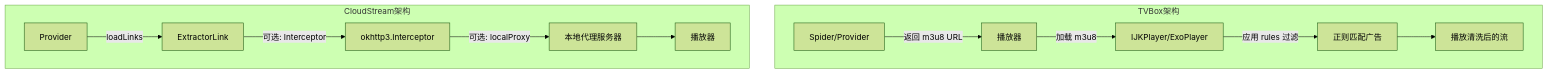
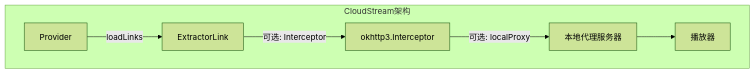
Before and after one commit to nxovaeng/vodext: the first of 5 diagrams in docs/ad_filter_dev.md, drawn with Mermaid (forest theme). The commit also changed other lines of this file and 1 other file, not shown here.

````diff
--- a/docs/ad_filter_dev.md
+++ b/docs/ad_filter_dev.md
@@ -288,16 +285,9 @@
 ```mermaid
 graph TB
-    subgraph "TVBox架构"
-        A1[Spider/Provider] -->|返回 m3u8 URL| B1[播放器]
-        B1 -->|加载 m3u8| C1[IJKPlayer/ExoPlayer]
-        C1 -->|应用 rules 过滤| D1[正则匹配广告]
-        D1 --> E1[播放清洗后的流]
-    end
-    
     subgraph "CloudStream架构"
         A2[Provider] -->|loadLinks| B2[ExtractorLink]
         B2 -->|可选: Interceptor| C2[okhttp3.Interceptor]
         C2 -->|可选: localProxy| D2[本地代理服务器]
         D2 --> E2[播放器]
     end
 ```
````
